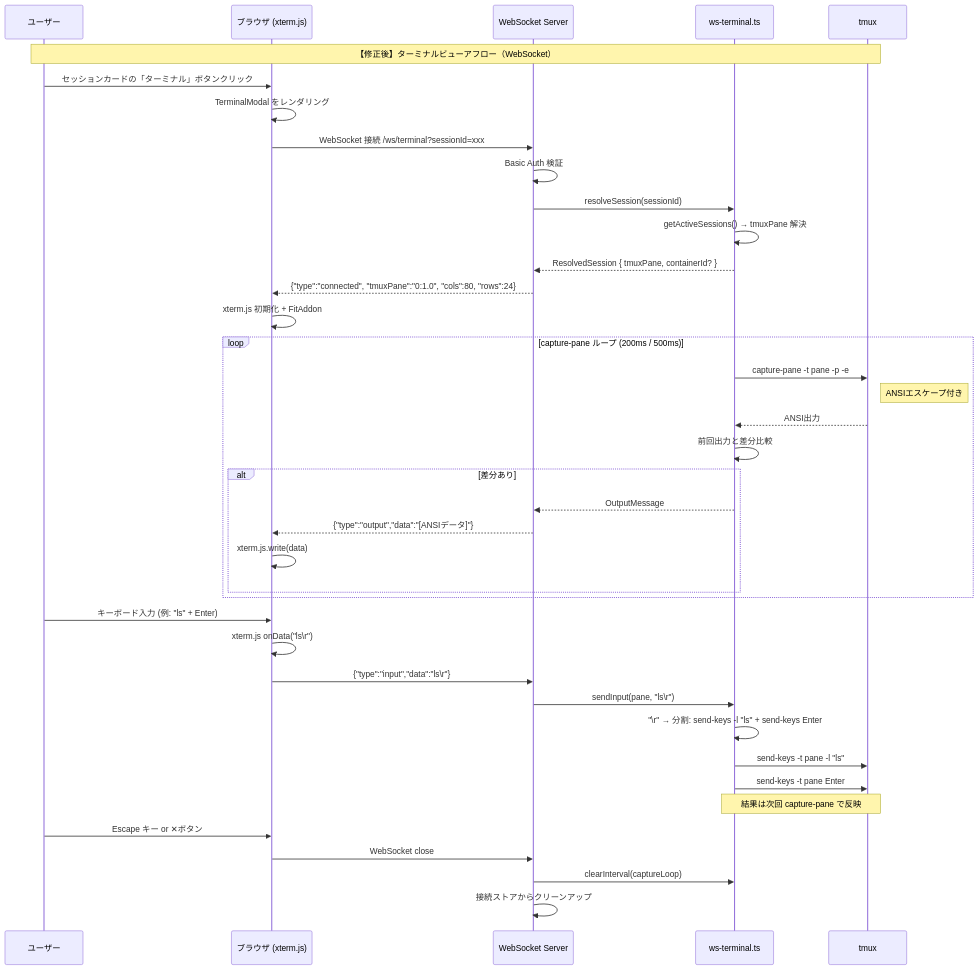
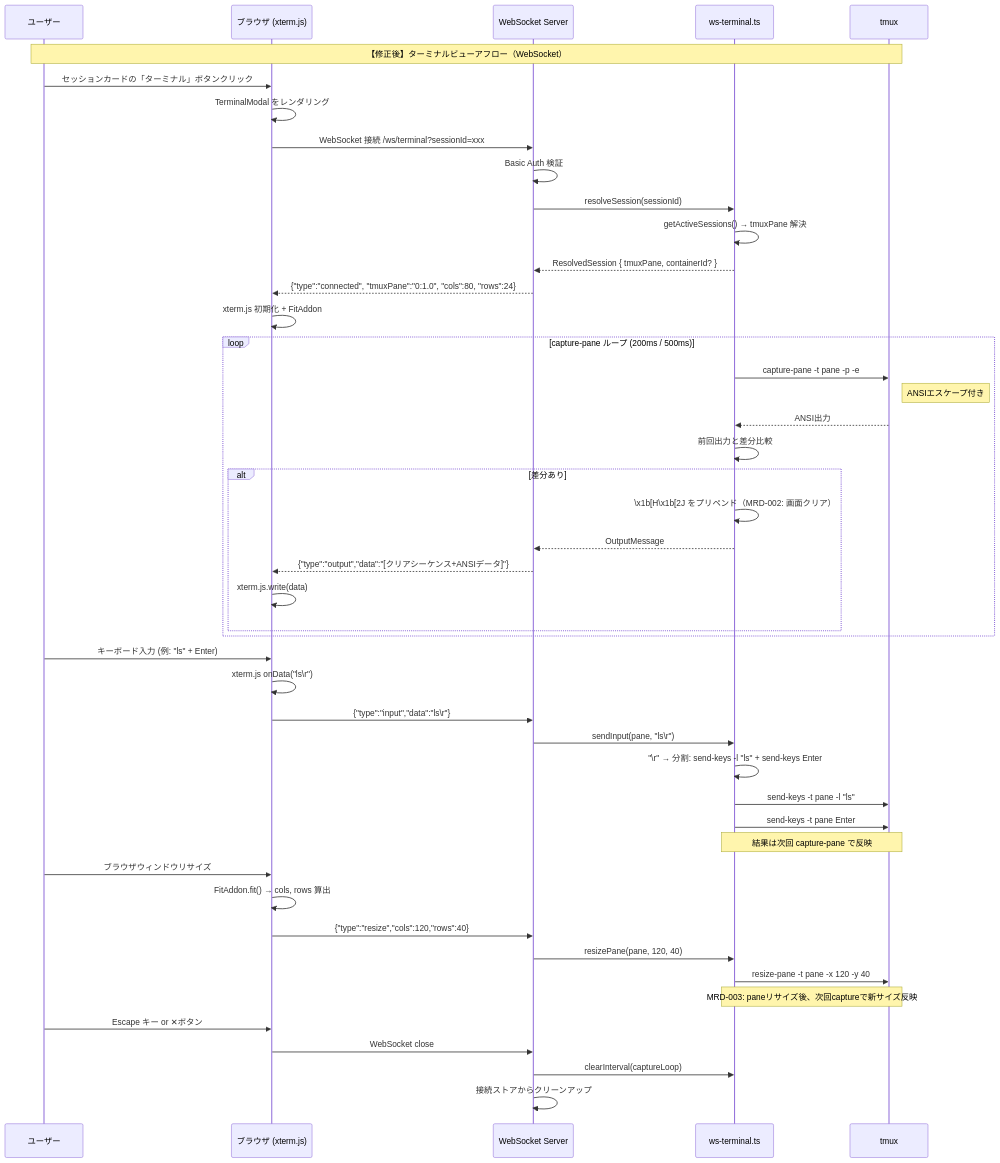
Before and after one commit to NagasakaH/dev-process: the second of 9 diagrams in docs/copilot-session-viewer/design/04_process-flow-design.md, drawn with Mermaid. The commit also changed other lines of this file and 7 other files, not shown here.

First line of the commit message:
fix: tmux-pane-viewer 設計レビューRound 1指摘を全件修正

````diff
--- a/docs/copilot-session-viewer/design/04_process-flow-design.md
+++ b/docs/copilot-session-viewer/design/04_process-flow-design.md
@@ -43,47 +43,55 @@
 ```mermaid
 sequenceDiagram
     participant U as ユーザー
     participant B as ブラウザ (xterm.js)
     participant WS as WebSocket Server
     participant T as ws-terminal.ts
     participant Tmux as tmux
 
     Note over U,Tmux: 【修正後】ターミナルビューアフロー（WebSocket）
 
     U->>B: セッションカードの「ターミナル」ボタンクリック
     B->>B: TerminalModal をレンダリング
     B->>WS: WebSocket 接続 /ws/terminal?sessionId=xxx
     WS->>WS: Basic Auth 検証
     WS->>T: resolveSession(sessionId)
     T->>T: getActiveSessions() → tmuxPane 解決
     T-->>WS: ResolvedSession { tmuxPane, containerId? }
     WS-->>B: {"type":"connected", "tmuxPane":"0:1.0", "cols":80, "rows":24}
 
     B->>B: xterm.js 初期化 + FitAddon
 
     loop capture-pane ループ (200ms / 500ms)
         T->>Tmux: capture-pane -t pane -p -e
         Note right of Tmux: ANSIエスケープ付き
         Tmux-->>T: ANSI出力
         T->>T: 前回出力と差分比較
         alt 差分あり
+            T->>T: \x1b[H\x1b[2J をプリペンド（MRD-002: 画面クリア）
             T-->>WS: OutputMessage
-            WS-->>B: {"type":"output","data":"[ANSIデータ]"}
+            WS-->>B: {"type":"output","data":"[クリアシーケンス+ANSIデータ]"}
             B->>B: xterm.js.write(data)
         end
     end
 
     U->>B: キーボード入力 (例: "ls" + Enter)
     B->>B: xterm.js onData("ls\r")
     B->>WS: {"type":"input","data":"ls\r"}
     WS->>T: sendInput(pane, "ls\r")
     T->>T: "\r" → 分割: send-keys -l "ls" + send-keys Enter
     T->>Tmux: send-keys -t pane -l "ls"
     T->>Tmux: send-keys -t pane Enter
     Note over T,Tmux: 結果は次回 capture-pane で反映
 
+    U->>B: ブラウザウィンドウリサイズ
+    B->>B: FitAddon.fit() → cols, rows 算出
+    B->>WS: {"type":"resize","cols":120,"rows":40}
+    WS->>T: resizePane(pane, 120, 40)
+    T->>Tmux: resize-pane -t pane -x 120 -y 40
+    Note over T,Tmux: MRD-003: paneリサイズ後、次回captureで新サイズ反映
+
     U->>B: Escape キー or ✕ボタン
     B->>WS: WebSocket close
     WS->>T: clearInterval(captureLoop)
     WS->>WS: 接続ストアからクリーンアップ
 ```
````
